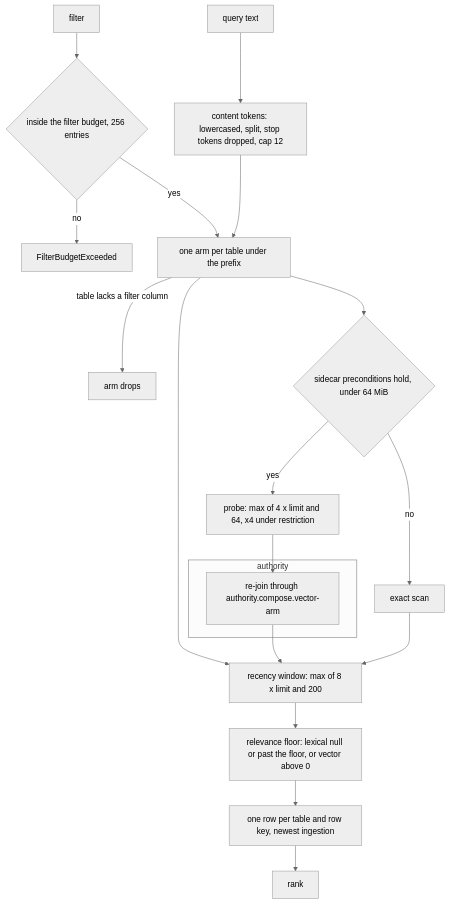
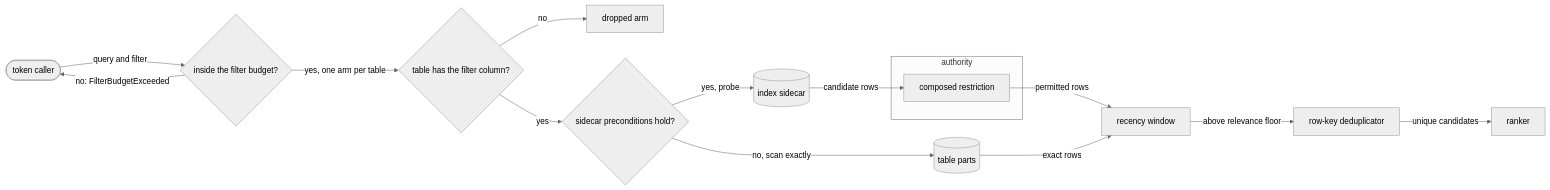
The third of 5 diagrams in spec/20-read.md (fractalboxdev/contextful), drawn with Mermaid (neutral theme) before and after one commit. The commit also changed other lines of this file and 44 other files, not shown here.

First line of the commit message:
spec: diagrams draw entities and flows, and the checker enforces it (#12)

````diff
--- a/spec/20-read.md
+++ b/spec/20-read.md
@@ -217,22 +205,18 @@
 ```mermaid
-flowchart TD
-  Q["query text"] --> TOK["content tokens: lowercased, split, stop tokens dropped, cap 12"]
-  F["filter"] --> BUD{"inside the filter budget, 256 entries"}
-  BUD -- "no" --> E1["FilterBudgetExceeded"]
-  BUD -- "yes" --> ARMS["one arm per table under the prefix"]
-  TOK --> ARMS
-  ARMS -- "table lacks a filter column" --> DROP["arm drops"]
-  ARMS --> WIN["recency window: max of 8 x limit and 200"]
-  ARMS --> SC{"sidecar preconditions hold, under 64 MiB"}
-  SC -- "yes" --> PROBE["probe: max of 4 x limit and 64, x4 under restriction"]
-  SC -- "no" --> EXACT["exact scan"]
+flowchart LR
+  CALLER(["token caller"]) -->|"query and filter"| BUD{"inside the filter budget?"}
+  BUD -->|"no: FilterBudgetExceeded"| CALLER
+  BUD -->|"yes, one arm per table"| COL{"table has the filter column?"}
+  COL -->|"no"| DROPPED["dropped arm"]
+  COL -->|"yes"| SC{"sidecar preconditions hold?"}
+  SC -->|"yes, probe"| SIDE[("index sidecar")]
+  SC -->|"no, scan exactly"| TBL[("table parts")]
   subgraph AUTHC["authority"]
-    REJ["re-join through authority.compose.vector-arm"]
+    REJ["composed restriction"]
   end
-  PROBE --> REJ
-  REJ --> WIN
-  EXACT --> WIN
-  WIN --> FLOOR["relevance floor: lexical null or past the floor, or vector above 0"]
-  FLOOR --> DEDUP["one row per table and row key, newest ingestion"]
-  DEDUP --> RANK["rank"]
+  SIDE -->|"candidate rows"| REJ
+  REJ -->|"permitted rows"| WIN["recency window"]
+  TBL -->|"exact rows"| WIN
+  WIN -->|"above relevance floor"| DEDUP["row-key deduplicator"]
+  DEDUP -->|"unique candidates"| RANK["ranker"]
 ```
````
